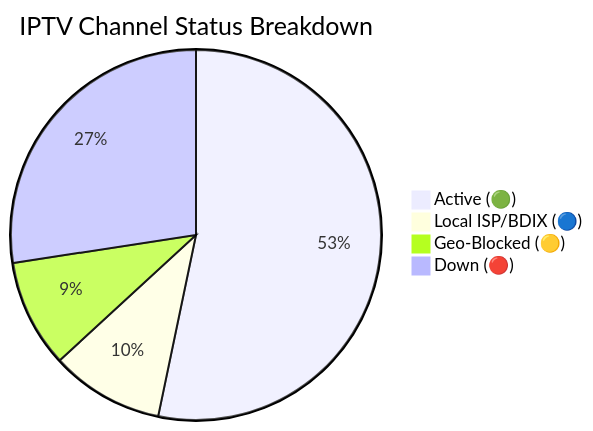
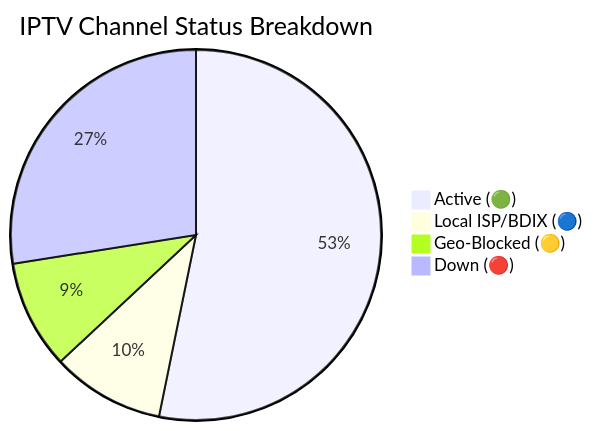
One commit to f6388600-ai/Web changed the diagram in README.md. Above: the diagram before and after it, drawn with Mermaid. The commit also changed other lines of this file and 6 other files, not shown here.

````diff
--- a/README.md
+++ b/README.md
@@ -149,7 +149,7 @@
 ```mermaid
 pie title IPTV Channel Status Breakdown
-    "Active (🟢)" : 9288
-    "Local ISP/BDIX (🔵)" : 1724
-    "Geo-Blocked (🟡)" : 1642
-    "Down (🔴)" : 4780
+    "Active (🟢)" : 9261
+    "Local ISP/BDIX (🔵)" : 1712
+    "Geo-Blocked (🟡)" : 1650
+    "Down (🔴)" : 4784
 ```
````
